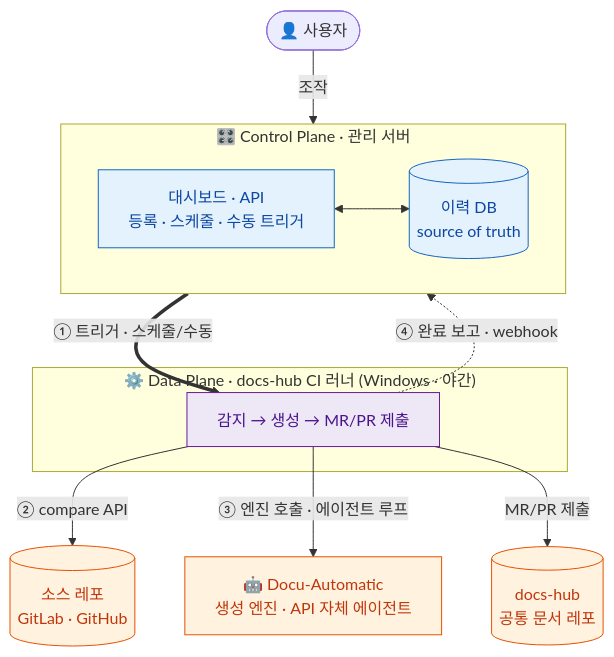
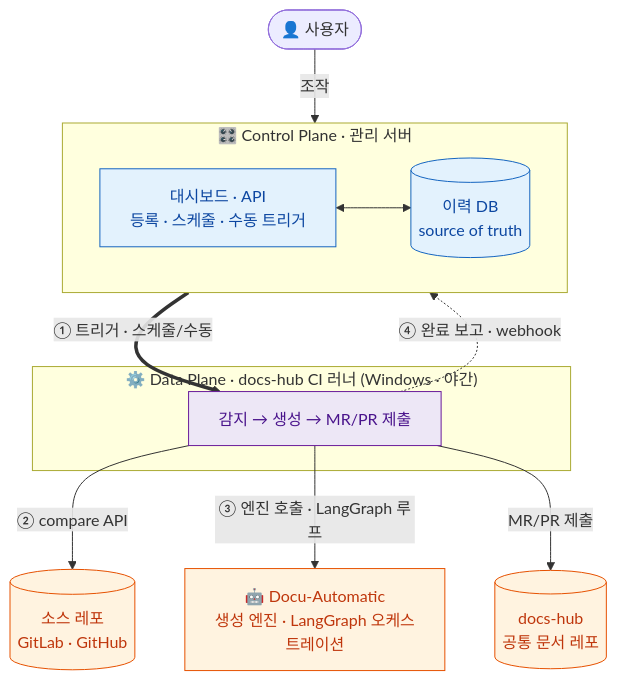
Before and after one commit to rhkdguskim/wiki-pipeline: the first of 2 diagrams in wiki/overview.md, drawn with Mermaid. The commit also changed other lines of this file and 11 other files, not shown here.

````diff
--- a/wiki/overview.md
+++ b/wiki/overview.md
@@ -36,33 +37,33 @@
 ```mermaid
 flowchart TB
     User(["👤 사용자"])
 
     subgraph CP["🎛️ Control Plane · 관리 서버"]
         direction LR
         Dash["대시보드 · API<br/>등록 · 스케줄 · 수동 트리거"]
         DB[("이력 DB<br/>source of truth")]
         Dash <--> DB
     end
 
     subgraph DP["⚙️ Data Plane · docs-hub CI 러너 (Windows · 야간)"]
         Runner["감지 → 생성 → MR/PR 제출"]
     end
 
-    Engine["🤖 Docu-Automatic<br/>생성 엔진 · API 자체 에이전트"]
+    Engine["🤖 Docu-Automatic<br/>생성 엔진 · LangGraph 오케스트레이션"]
     Src[("소스 레포<br/>GitLab · GitHub")]
     Hub[("docs-hub<br/>공통 문서 레포")]
 
     User -->|조작| Dash
     Dash ==>|"① 트리거 · 스케줄/수동"| Runner
     Runner -->|"② compare API"| Src
-    Runner -->|"③ 엔진 호출 · 에이전트 루프"| Engine
+    Runner -->|"③ 엔진 호출 · LangGraph 루프"| Engine
     Runner -->|"MR/PR 제출"| Hub
     Runner -. "④ 완료 보고 · webhook" .-> DB
 
     classDef control fill:#e3f2fd,stroke:#1565c0,stroke-width:1px,color:#0d47a1;
     classDef data fill:#ede7f6,stroke:#6a1b9a,stroke-width:1px,color:#4a148c;
     classDef ext fill:#fff3e0,stroke:#e65100,stroke-width:1px,color:#bf360c;
     class Dash,DB control
     class Runner data
     class Engine,Src,Hub ext
 ```
````
